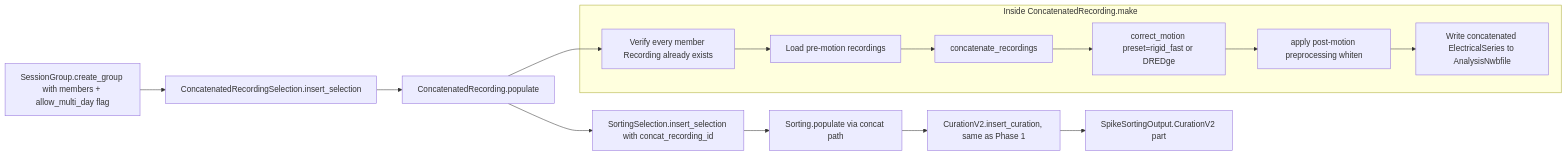
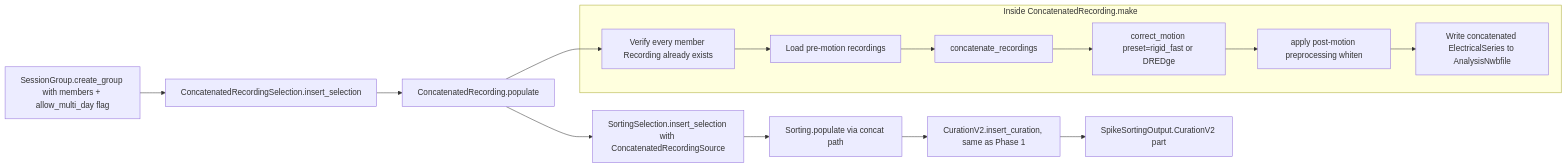
The second of 2 diagrams in .claude/docs/plans/spikesorting-v2/diagrams/03-phase-3.md (LorenFrankLab/spyglass), drawn with Mermaid before and after one commit. The commit also changed other lines of this file and 10 other files, not shown here.

````diff
--- a/.claude/docs/plans/spikesorting-v2/diagrams/03-phase-3.md
+++ b/.claude/docs/plans/spikesorting-v2/diagrams/03-phase-3.md
@@ -93,19 +101,19 @@
 ```mermaid
 flowchart LR
     A[SessionGroup.create_group with members + allow_multi_day flag] --> B[ConcatenatedRecordingSelection.insert_selection]
     B --> C[ConcatenatedRecording.populate]
-    C --> D[SortingSelection.insert_selection with concat_recording_id]
+    C --> D[SortingSelection.insert_selection with ConcatenatedRecordingSource]
     D --> E[Sorting.populate via concat path]
     E --> F[CurationV2.insert_curation, same as Phase 1]
     F --> G[SpikeSortingOutput.CurationV2 part]
 
     subgraph "Inside ConcatenatedRecording.make"
         C1[Verify every member Recording already exists] --> C2[Load pre-motion recordings]
         C2 --> C3[concatenate_recordings]
         C3 --> C4[correct_motion preset=rigid_fast or DREDge]
         C4 --> C5[apply post-motion preprocessing whiten]
         C5 --> C6[Write concatenated ElectricalSeries to AnalysisNwbfile]
     end
 
     C --> C1
 ```
````
